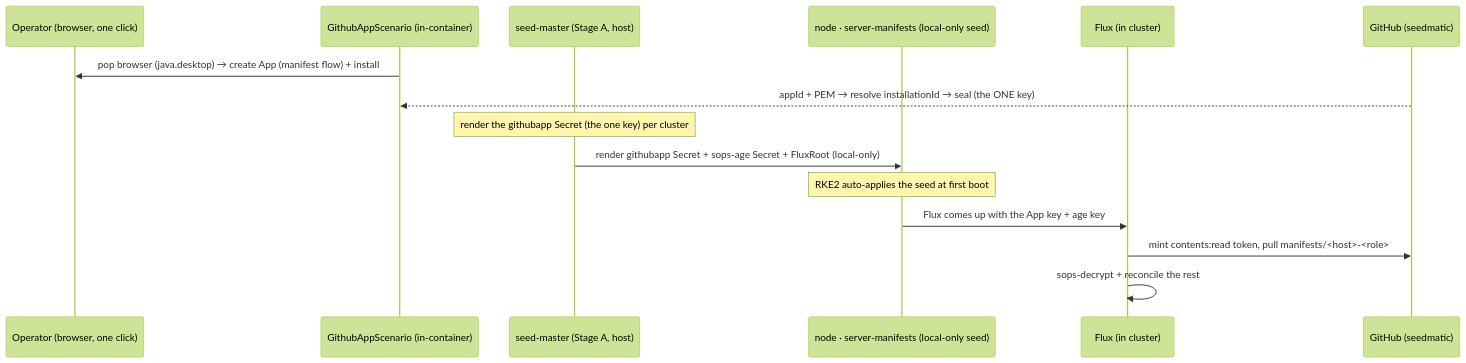
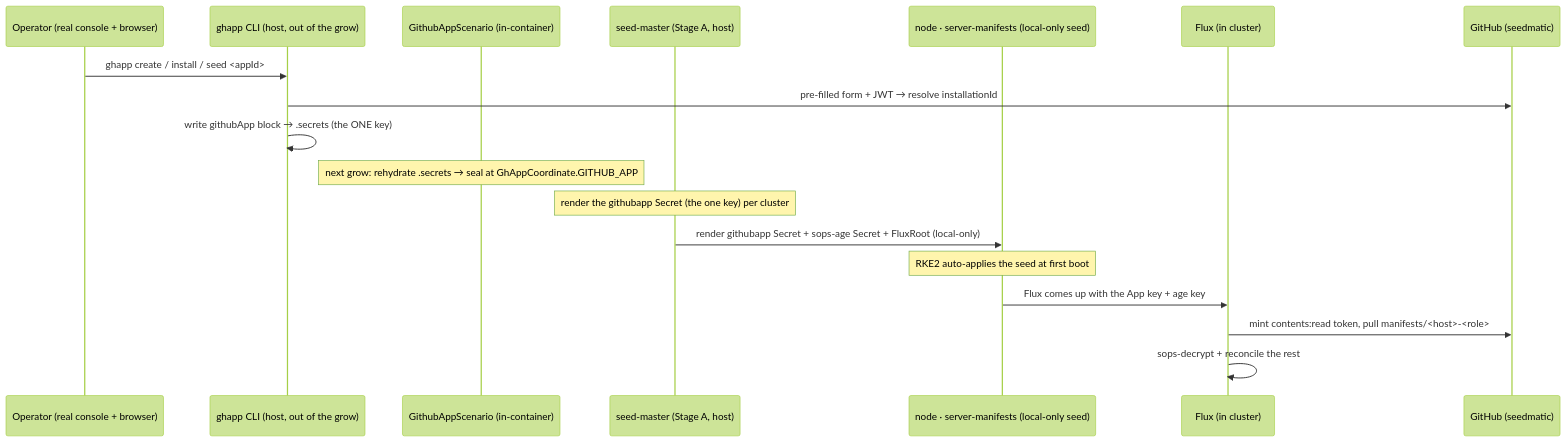
The fourth of 4 diagrams in docs/architecture/cluster-api/github-credential-model.adoc (nxmatic/rke2lab), drawn with Mermaid (forest theme) before and after one commit. The commit also changed other lines of this file and 25 other files, not shown here.

```diff
--- a/docs/architecture/cluster-api/github-credential-model.adoc
+++ b/docs/architecture/cluster-api/github-credential-model.adoc
@@ -390,18 +387,21 @@
 [mermaid,github-credential-model-bootstrap,svg]
 ----
 sequenceDiagram
-  participant OP as Operator (browser, one click)
+  participant OP as Operator (real console + browser)
+  participant CLI as ghapp CLI (host, out of the grow)
   participant SC as GithubAppScenario (in-container)
   participant SM as seed-master (Stage A, host)
   participant N as node · server-manifests (local-only seed)
   participant FX as Flux (in cluster)
   participant GH as GitHub (seedmatic)
-  SC->>OP: pop browser (java.desktop) → create App (manifest flow) + install
-  GH-->>SC: appId + PEM → resolve installationId → seal (the ONE key)
+  OP->>CLI: ghapp create / install / seed <appId>
+  CLI->>GH: pre-filled form + JWT → resolve installationId
+  CLI->>CLI: write githubApp block → .secrets (the ONE key)
+  Note over SC: next grow: rehydrate .secrets → seal at GhAppCoordinate.GITHUB_APP
   Note over SM: render the githubapp Secret (the one key) per cluster
   SM->>N: render githubapp Secret + sops-age Secret + FluxRoot (local-only)
   Note over N: RKE2 auto-applies the seed at first boot
   N->>FX: Flux comes up with the App key + age key
   FX->>GH: mint contents:read token, pull manifests/<host>-<role>
   FX->>FX: sops-decrypt + reconcile the rest
 ----
```
